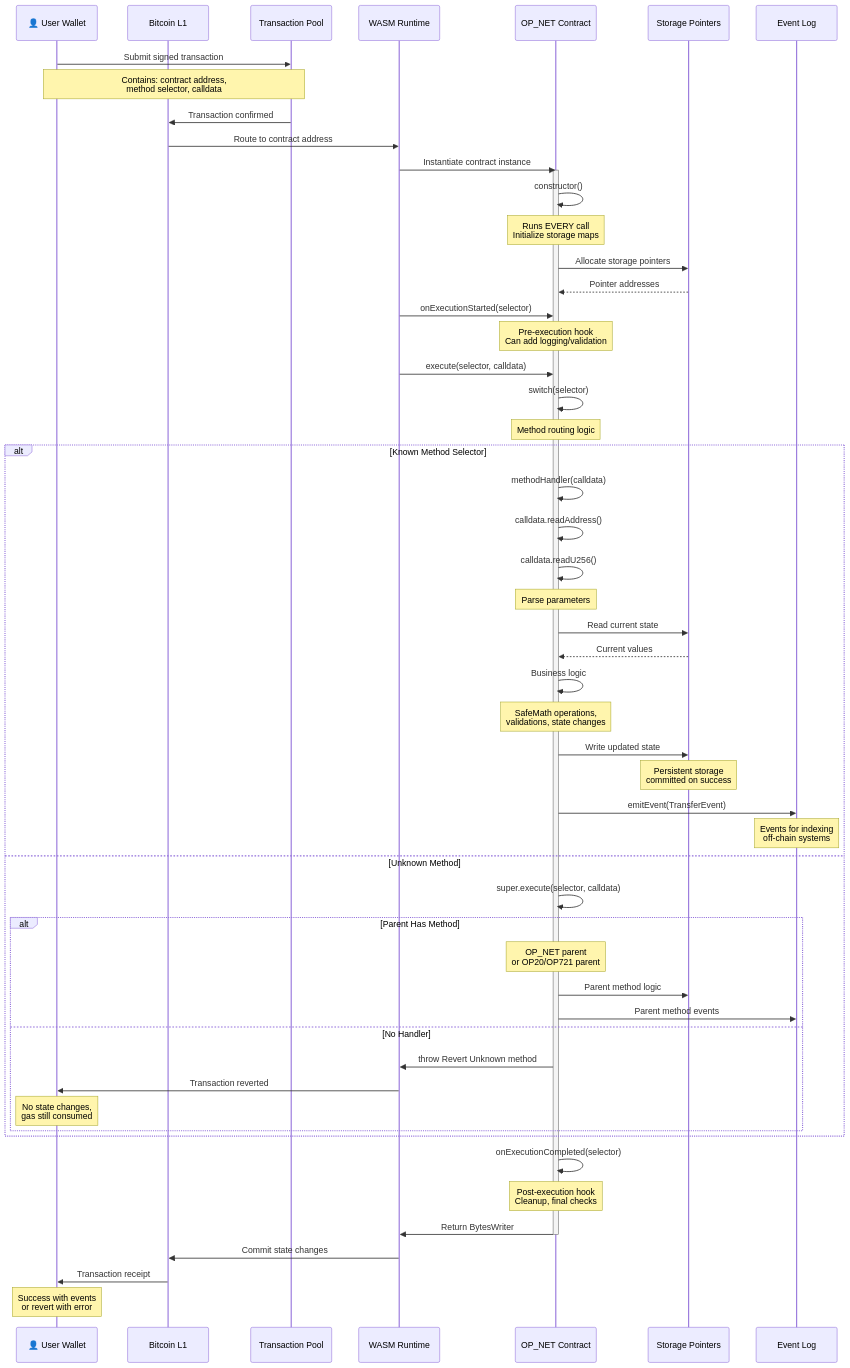
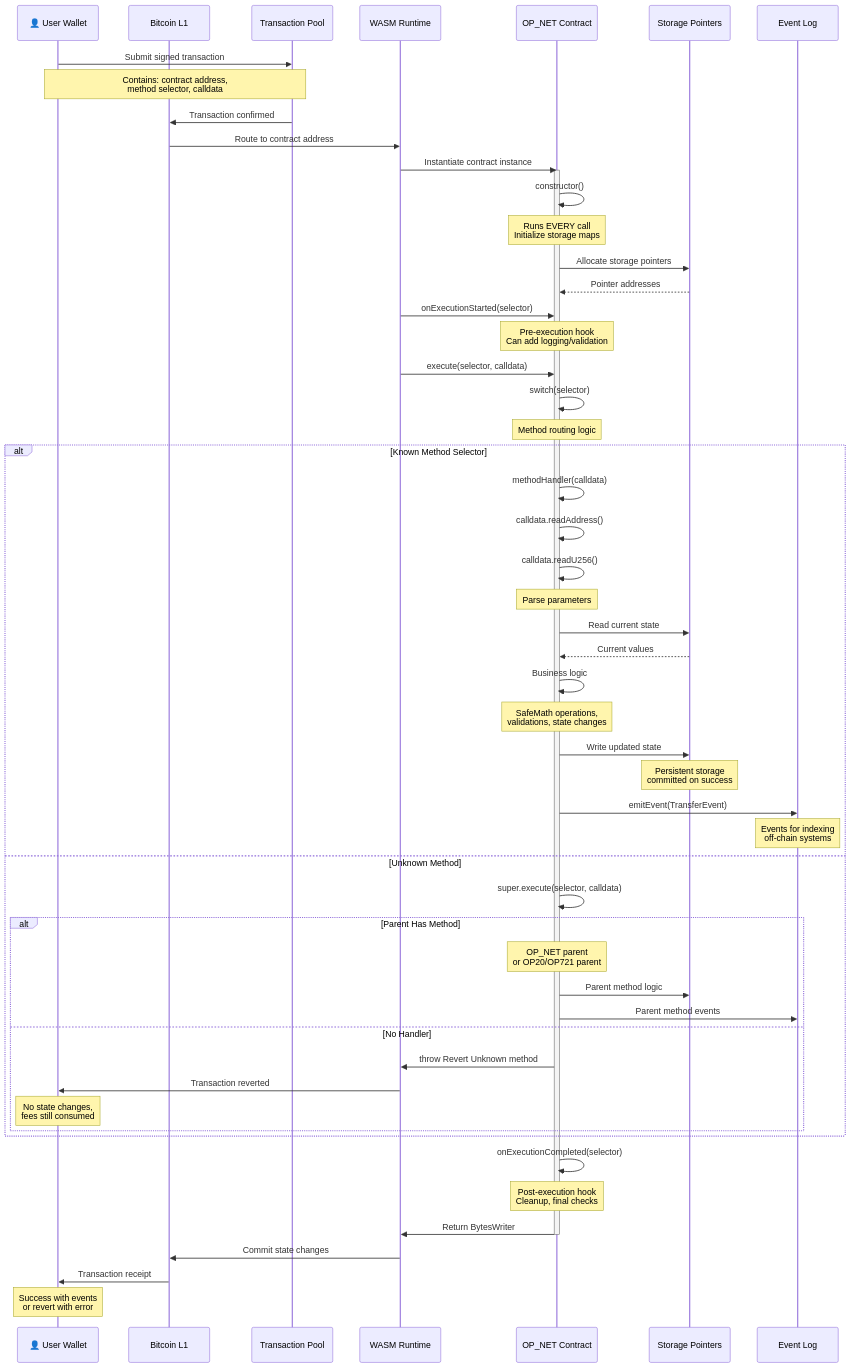
The third of 3 diagrams in docs/contracts/op-net-base.md (btc-vision/btc-runtime), drawn with Mermaid before and after one commit. The commit also changed 8 other files, not shown here.

````diff
--- a/docs/contracts/op-net-base.md
+++ b/docs/contracts/op-net-base.md
@@ -260,76 +260,76 @@
 ```mermaid
 sequenceDiagram
     participant User as 👤 User Wallet
     participant Blockchain as Bitcoin L1
     participant TxPool as Transaction Pool
     participant VM as WASM Runtime
     participant Contract as OP_NET Contract
     participant Storage as Storage Pointers
     participant EventLog as Event Log
 
     User->>TxPool: Submit signed transaction
     Note over User,TxPool: Contains: contract address,<br/>method selector, calldata
 
     TxPool->>Blockchain: Transaction confirmed
     Blockchain->>VM: Route to contract address
 
     VM->>Contract: Instantiate contract instance
     activate Contract
 
     Contract->>Contract: constructor()
     Note over Contract: Runs EVERY call<br/>Initialize storage maps
 
     Contract->>Storage: Allocate storage pointers
     Storage-->>Contract: Pointer addresses
 
     VM->>Contract: onExecutionStarted(selector)
     Note over Contract: Pre-execution hook<br/>Can add logging/validation
 
     VM->>Contract: execute(selector, calldata)
 
     Contract->>Contract: switch(selector)
     Note over Contract: Method routing logic
 
     alt Known Method Selector
         Contract->>Contract: methodHandler(calldata)
 
         Contract->>Contract: calldata.readAddress()
         Contract->>Contract: calldata.readU256()
         Note over Contract: Parse parameters
 
         Contract->>Storage: Read current state
         Storage-->>Contract: Current values
 
         Contract->>Contract: Business logic
         Note over Contract: SafeMath operations,<br/>validations, state changes
 
         Contract->>Storage: Write updated state
         Note over Storage: Persistent storage<br/>committed on success
 
         Contract->>EventLog: emitEvent(TransferEvent)
         Note over EventLog: Events for indexing<br/>off-chain systems
 
     else Unknown Method
         Contract->>Contract: super.execute(selector, calldata)
 
         alt Parent Has Method
             Note over Contract: OP_NET parent<br/>or OP20/OP721 parent
             Contract->>Storage: Parent method logic
             Contract->>EventLog: Parent method events
         else No Handler
             Contract->>VM: throw Revert Unknown method
             VM->>User: Transaction reverted
-            Note over User: No state changes,<br/>gas still consumed
+            Note over User: No state changes,<br/>fees still consumed
         end
     end
 
     Contract->>Contract: onExecutionCompleted(selector)
     Note over Contract: Post-execution hook<br/>Cleanup, final checks
 
     Contract->>VM: Return BytesWriter
     deactivate Contract
 
     VM->>Blockchain: Commit state changes
     Blockchain->>User: Transaction receipt
     Note over User: Success with events<br/>or revert with error
 ```
````
